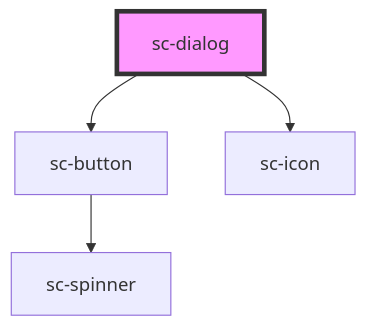
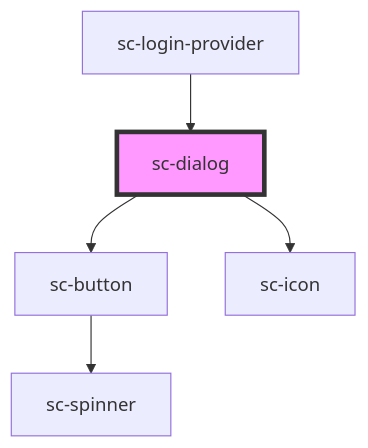
Before and after one commit to surecart/surecart-wp-plugin: the diagram in packages/components/src/components/ui/sc-dialog/readme.md, drawn with Mermaid. The commit also changed other lines of this file and 56 other files, not shown here.

````diff
--- a/packages/components/src/components/ui/sc-dialog/readme.md
+++ b/packages/components/src/components/ui/sc-dialog/readme.md
@@ -51,7 +55,8 @@
 ```mermaid
 graph TD;
   sc-dialog --> sc-button
   sc-dialog --> sc-icon
   sc-button --> sc-spinner
+  sc-login-provider --> sc-dialog
   style sc-dialog fill:#f9f,stroke:#333,stroke-width:4px
 ```
````
